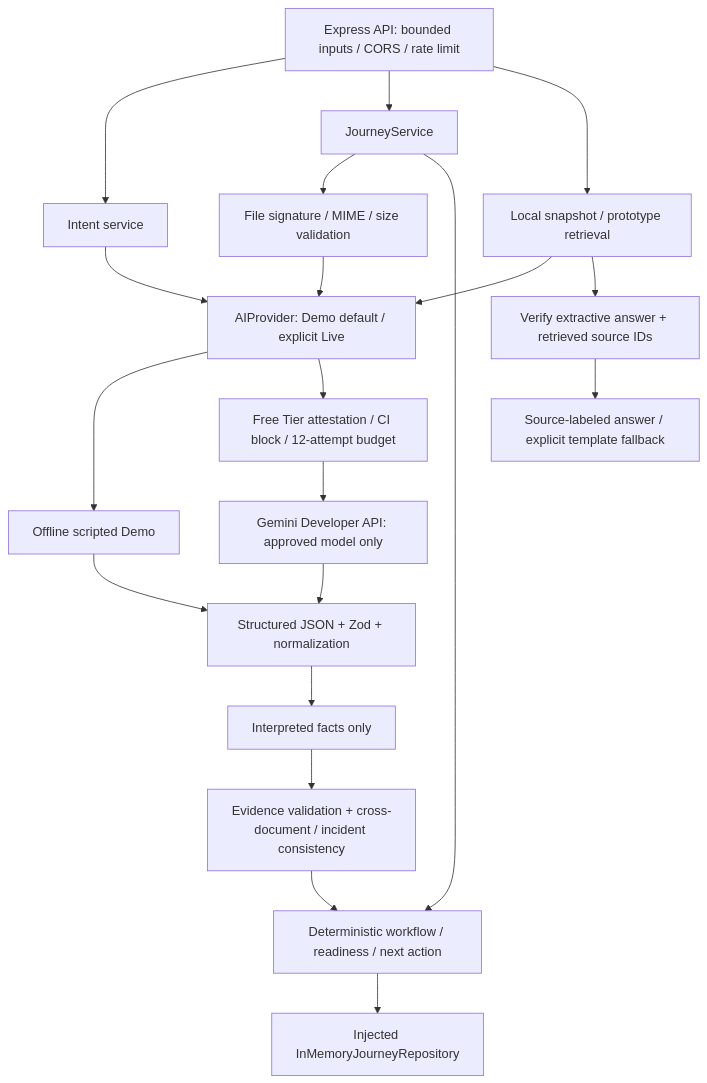
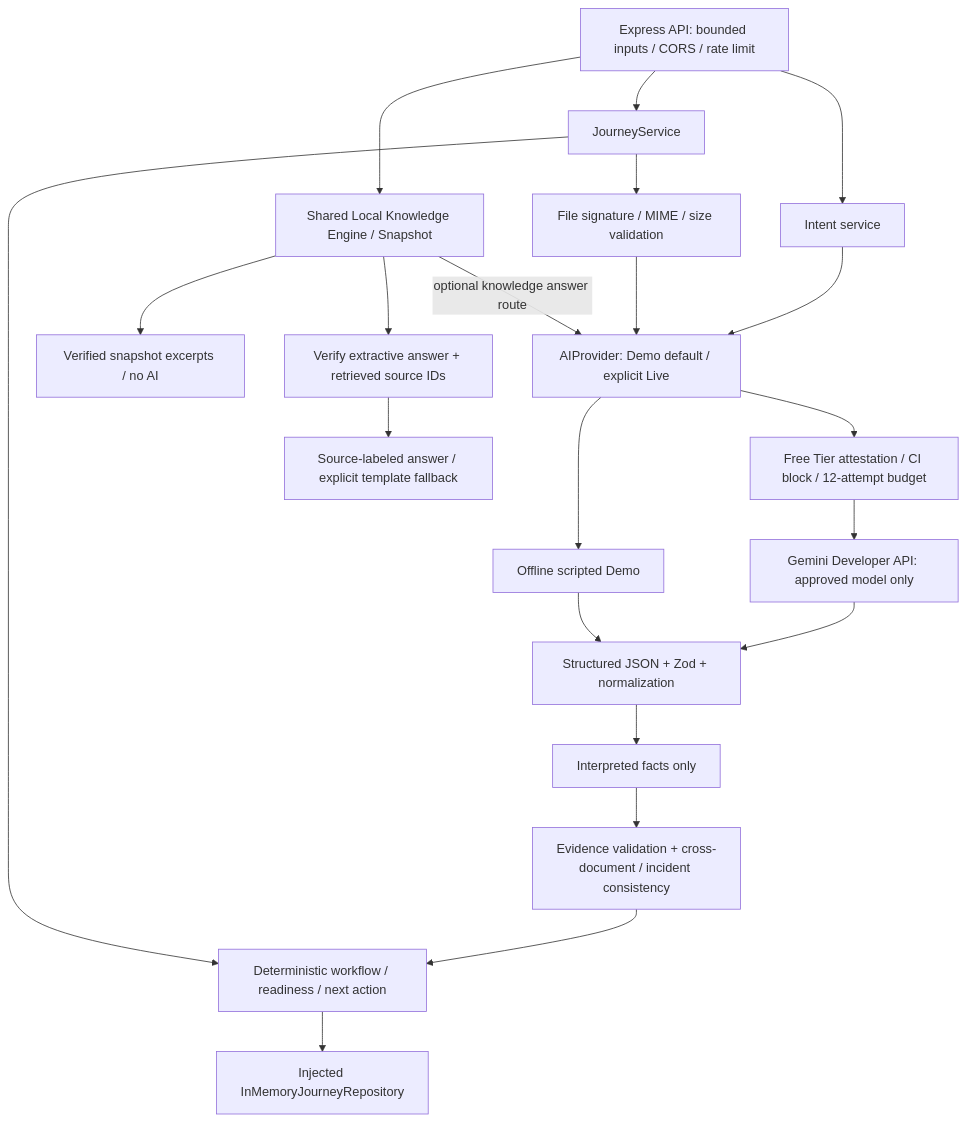
Before and after one commit to NAVI-Hackathon/NAVI: the first of 2 diagrams in docs/architecture.md, drawn with Mermaid. The commit also changed other lines of this file and 16 other files, not shown here.

Commit message:
[M3] feat: share local knowledge retrieval and verify navigation

````diff
--- a/docs/architecture.md
+++ b/docs/architecture.md
@@ -7,22 +7,23 @@
 ```mermaid
 flowchart TD
   HTTP[Express API: bounded inputs / CORS / rate limit] --> Intent[Intent service]
   HTTP --> Journey[JourneyService]
-  HTTP --> Knowledge[Local snapshot / prototype retrieval]
+  HTTP --> Knowledge[Shared Local Knowledge Engine / Snapshot]
   Intent --> AI[AIProvider: Demo default / explicit Live]
   Journey --> Documents[File signature / MIME / size validation]
   Documents --> AI
-  Knowledge --> AI
+  Knowledge --> LocalAnswer[Verified snapshot excerpts / no AI]
+  Knowledge -->|optional knowledge answer route| AI
   AI --> Demo[Offline scripted Demo]
   AI --> Guard[Free Tier attestation / CI block / 12-attempt budget]
   Guard --> Gemini[Gemini Developer API: approved model only]
   Gemini --> Schema[Structured JSON + Zod + normalization]
   Demo --> Schema
   Schema --> Facts[Interpreted facts only]
   Facts --> Validation[Evidence validation + cross-document / incident consistency]
   Validation --> Rules[Deterministic workflow / readiness / next action]
   Journey --> Rules
   Rules --> Repo[Injected InMemoryJourneyRepository]
   Knowledge --> Grounding[Verify extractive answer + retrieved source IDs]
   Grounding --> Answer[Source-labeled answer / explicit template fallback]
 ```
````
